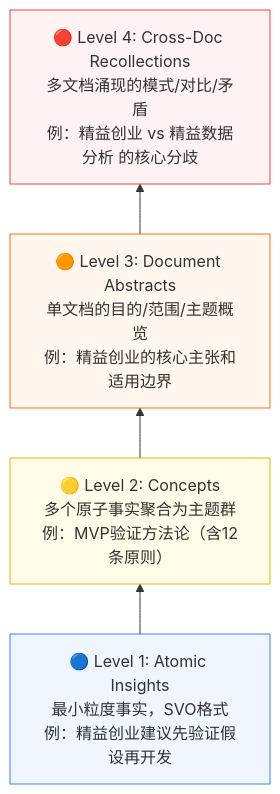
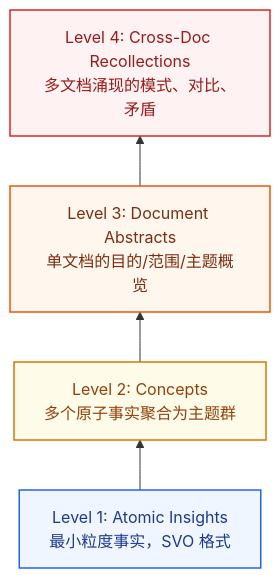
One commit to zjgulai/Kb2Agent changed the fourth of 4 diagrams in docs/knowledge/01-framework.md. Above: the diagram before and after it, drawn with Mermaid. The commit also changed other lines of this file and 3 other files, not shown here.

Commit message:
refine: remove all emojis from content/mermaid, add custom block annotations, improve CSS layout precision

````diff
--- a/docs/knowledge/01-framework.md
+++ b/docs/knowledge/01-framework.md
@@ -182,15 +180,15 @@
 ```mermaid
 flowchart BT
-    L1["🔵 Level 1: Atomic Insights<br/>最小粒度事实，SVO格式<br/>例：精益创业建议先验证假设再开发"]
-    L2["🟡 Level 2: Concepts<br/>多个原子事实聚合为主题群<br/>例：MVP验证方法论（含12条原则）"]
-    L3["🟠 Level 3: Document Abstracts<br/>单文档的目的/范围/主题概览<br/>例：精益创业的核心主张和适用边界"]
-    L4["🔴 Level 4: Cross-Doc Recollections<br/>多文档涌现的模式/对比/矛盾<br/>例：精益创业 vs 精益数据分析 的核心分歧"]
+    L1["Level 1: Atomic Insights<br/>最小粒度事实，SVO 格式"]
+    L2["Level 2: Concepts<br/>多个原子事实聚合为主题群"]
+    L3["Level 3: Document Abstracts<br/>单文档的目的/范围/主题概览"]
+    L4["Level 4: Cross-Doc Recollections<br/>多文档涌现的模式、对比、矛盾"]
 
     L1 --> L2 --> L3 --> L4
 
-    classDef lv1 fill:#eff6ff,stroke:#3b82f6;
-    classDef lv2 fill:#fefce8,stroke:#eab308;
-    classDef lv3 fill:#fff7ed,stroke:#f97316;
-    classDef lv4 fill:#fef2f2,stroke:#ef4444;
+    classDef lv1 fill:#eff6ff,stroke:#2563eb,stroke-width:1.5px,color:#1e3a8a;
+    classDef lv2 fill:#fefce8,stroke:#d97706,stroke-width:1.5px,color:#92400e;
+    classDef lv3 fill:#fff7ed,stroke:#ea580c,stroke-width:1.5px,color:#7c2d12;
+    classDef lv4 fill:#fef2f2,stroke:#dc2626,stroke-width:1.5px,color:#991b1b;
     class L1 lv1; class L2 lv2; class L3 lv3; class L4 lv4;
 ```
````
